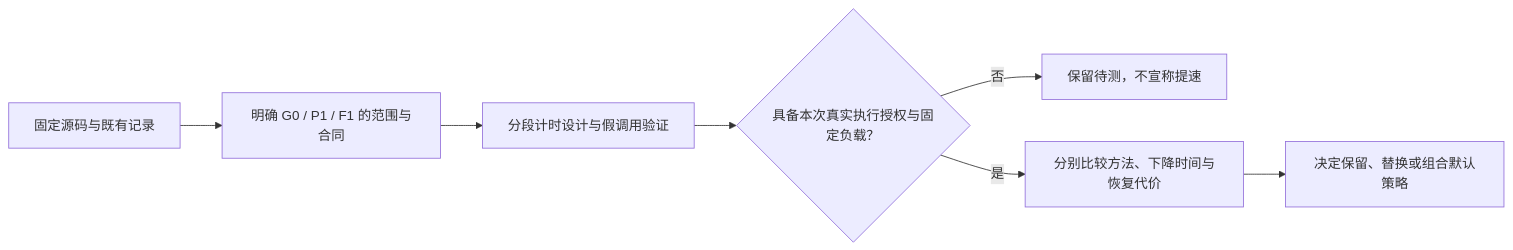
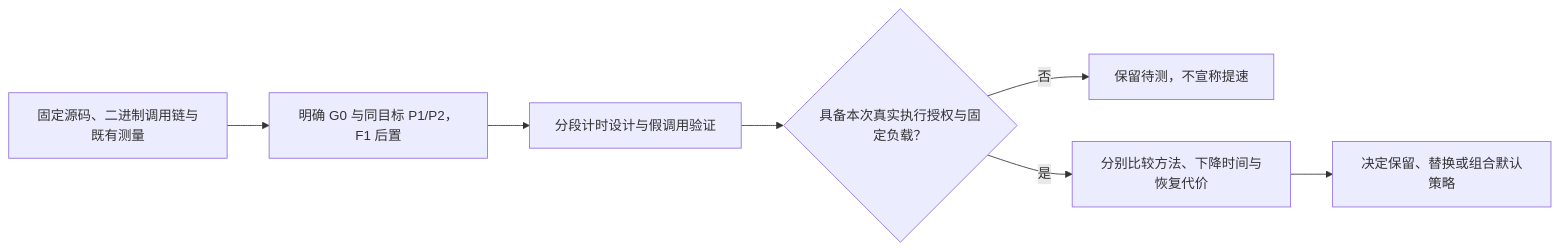
The seventh of 8 diagrams in docs/通用调研 General Research CPU 内存清理.md (DreamSoul-AI/cpu-memory-cleanup), drawn with Mermaid before and after one commit. The commit also changed other lines of this file and 5 other files, not shown here.

````diff
--- a/docs/通用调研 General Research CPU 内存清理.md
+++ b/docs/通用调研 General Research CPU 内存清理.md
@@ -593,9 +593,9 @@
 ```mermaid
 flowchart LR
-    SOURCE["固定源码与既有记录"] --> SPEC["明确 G0 / P1 / F1 的范围与合同"]
+    SOURCE["固定源码、二进制调用链与既有测量"] --> SPEC["明确 G0 与同目标 P1/P2，F1 后置"]
     SPEC --> OFFLINE["分段计时设计与假调用验证"]
     OFFLINE --> CHECK{"具备本次真实执行授权与固定负载？"}
     CHECK -->|否| WAIT["保留待测，不宣称提速"]
     CHECK -->|是| COMPARE["分别比较方法、下降时间与恢复代价"]
     COMPARE --> DECIDE["决定保留、替换或组合默认策略"]
 ```
````
